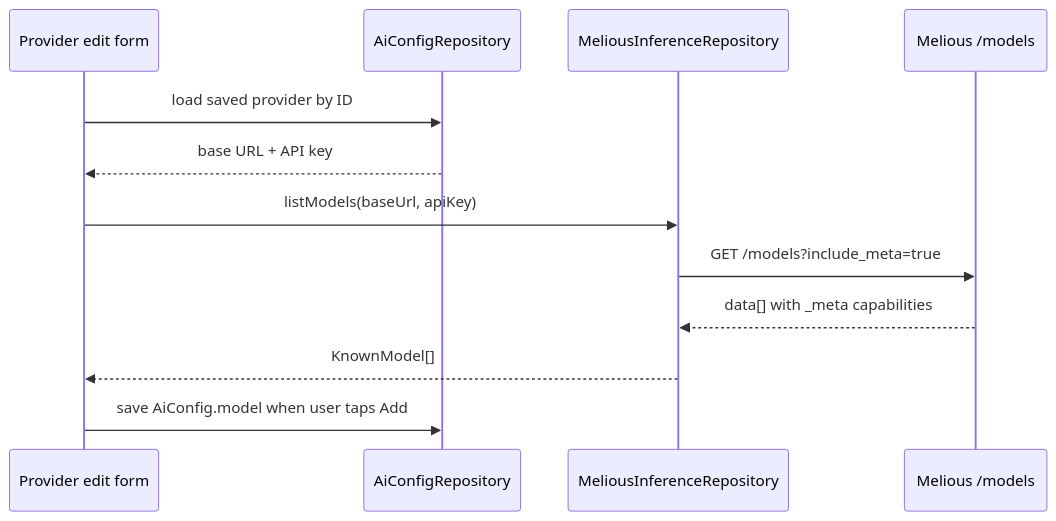
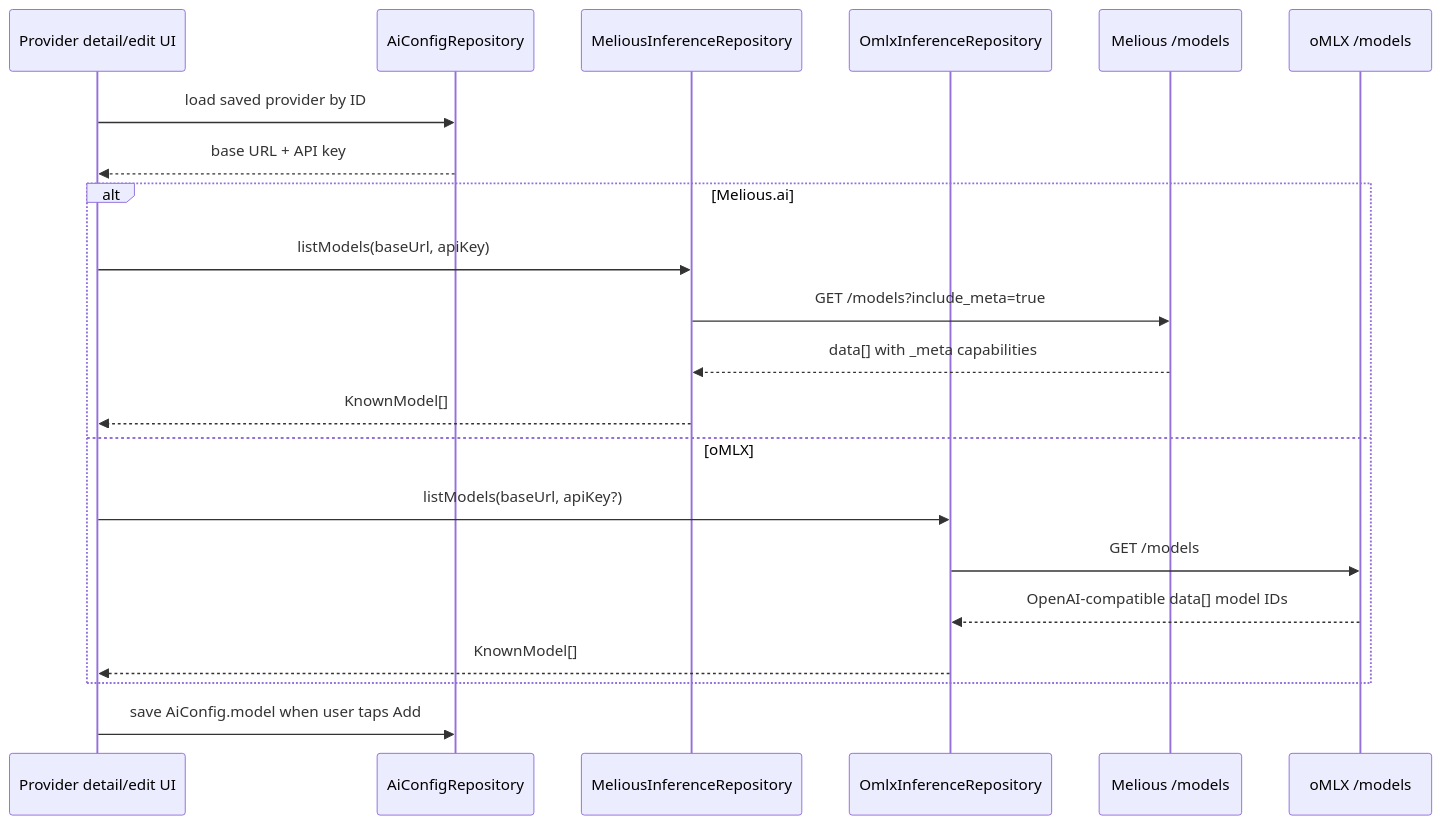
The second of 3 diagrams in lib/features/ai/ui/settings/README.md (matthiasn/lotti), drawn with Mermaid before and after one commit. The commit also changed other lines of this file and 16 other files, not shown here.

Commit message:
feat: melious & omlx improvements (#3372)

````diff
--- a/lib/features/ai/ui/settings/README.md
+++ b/lib/features/ai/ui/settings/README.md
@@ -214,15 +220,24 @@
 ```mermaid
 sequenceDiagram
-  participant Form as Provider edit form
+  participant UI as Provider detail/edit UI
   participant Repo as AiConfigRepository
   participant Melious as MeliousInferenceRepository
+  participant Omlx as OmlxInferenceRepository
   participant API as Melious /models
+  participant Local as oMLX /models
 
-  Form->>Repo: load saved provider by ID
-  Repo-->>Form: base URL + API key
-  Form->>Melious: listModels(baseUrl, apiKey)
+  UI->>Repo: load saved provider by ID
+  Repo-->>UI: base URL + API key
+  alt Melious.ai
+  UI->>Melious: listModels(baseUrl, apiKey)
   Melious->>API: GET /models?include_meta=true
   API-->>Melious: data[] with _meta capabilities
-  Melious-->>Form: KnownModel[]
-  Form->>Repo: save AiConfig.model when user taps Add
+  Melious-->>UI: KnownModel[]
+  else oMLX
+  UI->>Omlx: listModels(baseUrl, apiKey?)
+  Omlx->>Local: GET /models
+  Local-->>Omlx: OpenAI-compatible data[] model IDs
+  Omlx-->>UI: KnownModel[]
+  end
+  UI->>Repo: save AiConfig.model when user taps Add
 ```
````
